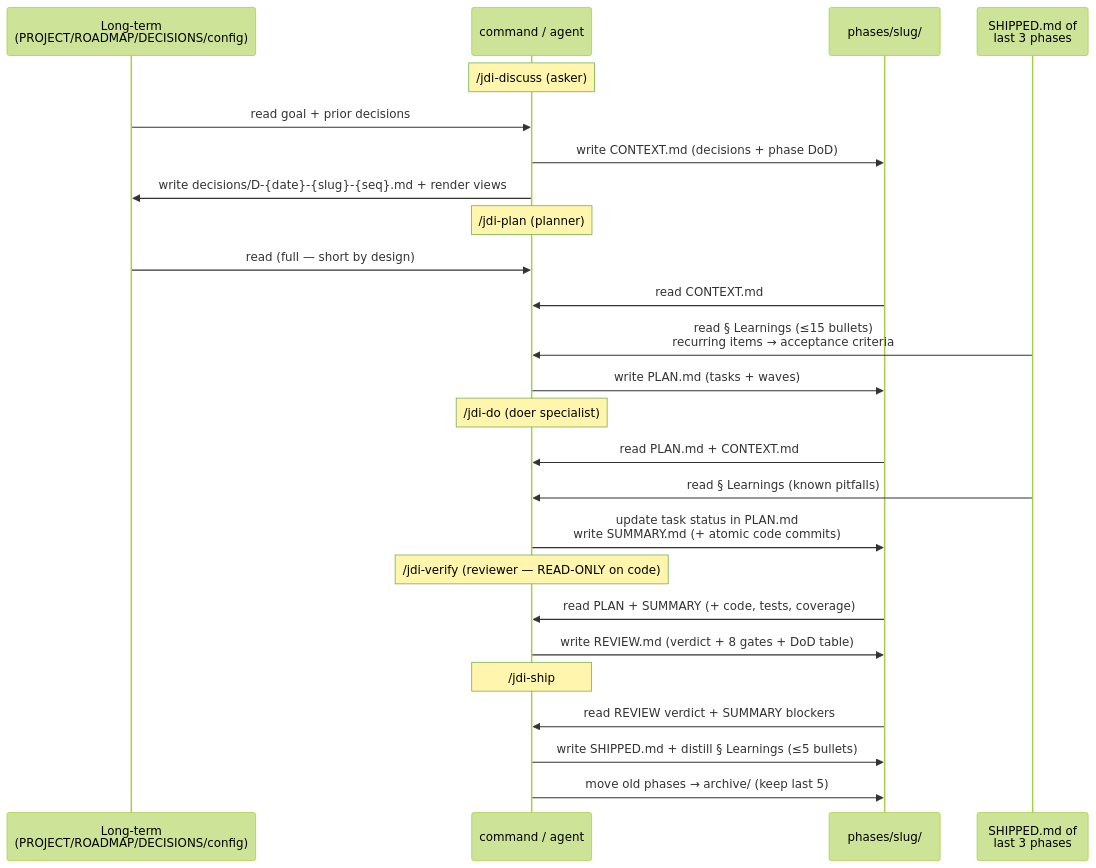
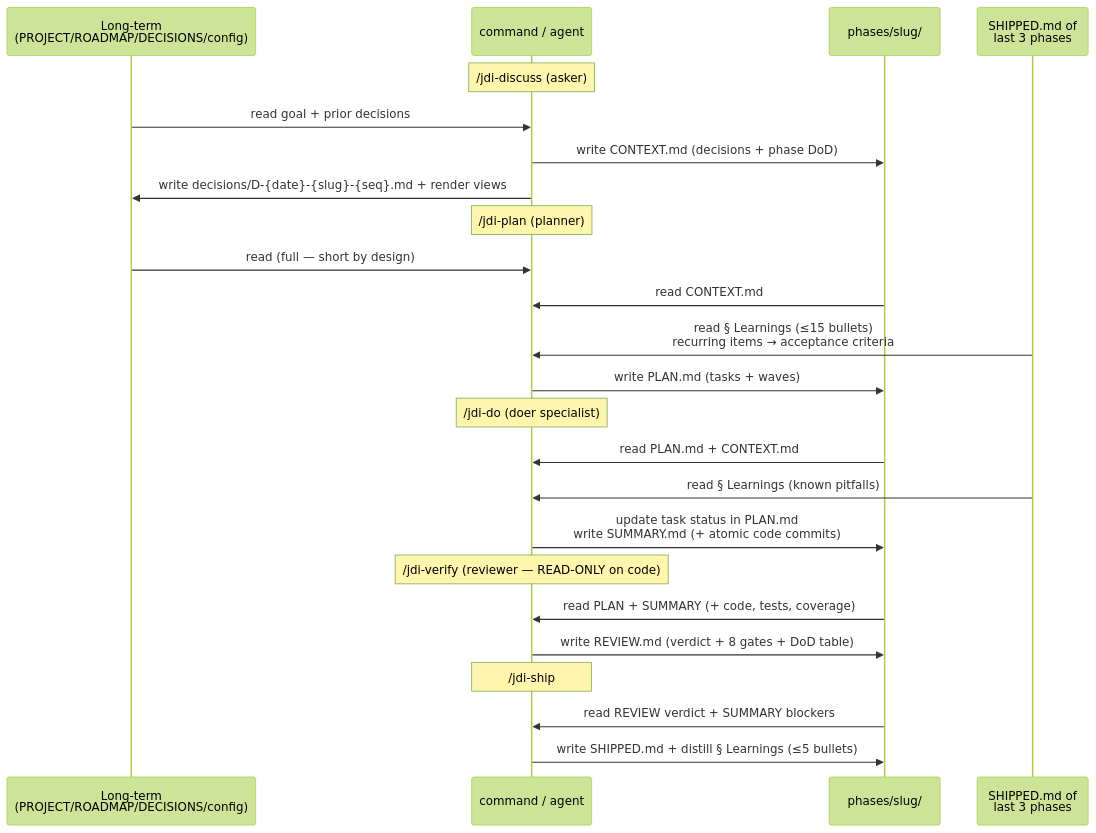
Before and after one commit to slipalison/jdi-cli: the fourth of 4 diagrams in README.md, drawn with Mermaid (forest theme). The commit also changed other lines of this file and 91 other files, not shown here.

````diff
--- a/README.md
+++ b/README.md
@@ -254,32 +254,31 @@
 ```mermaid
 sequenceDiagram
     participant LT as Long-term<br/>(PROJECT/ROADMAP/DECISIONS/config)
     participant CMD as command / agent
     participant PH as phases/slug/
     participant PREV as SHIPPED.md of<br/>last 3 phases
 
     Note over CMD: /jdi-discuss (asker)
     LT->>CMD: read goal + prior decisions
     CMD->>PH: write CONTEXT.md (decisions + phase DoD)
     CMD->>LT: write decisions/D-{date}-{slug}-{seq}.md + render views
 
     Note over CMD: /jdi-plan (planner)
     LT->>CMD: read (full — short by design)
     PH->>CMD: read CONTEXT.md
     PREV->>CMD: read § Learnings (≤15 bullets)<br/>recurring items → acceptance criteria
     CMD->>PH: write PLAN.md (tasks + waves)
 
     Note over CMD: /jdi-do (doer specialist)
     PH->>CMD: read PLAN.md + CONTEXT.md
     PREV->>CMD: read § Learnings (known pitfalls)
     CMD->>PH: update task status in PLAN.md<br/>write SUMMARY.md (+ atomic code commits)
 
     Note over CMD: /jdi-verify (reviewer — READ-ONLY on code)
     PH->>CMD: read PLAN + SUMMARY (+ code, tests, coverage)
     CMD->>PH: write REVIEW.md (verdict + 8 gates + DoD table)
 
     Note over CMD: /jdi-ship
     PH->>CMD: read REVIEW verdict + SUMMARY blockers
     CMD->>PH: write SHIPPED.md + distill § Learnings (≤5 bullets)
-    CMD->>PH: move old phases → archive/ (keep last 5)
 ```
````
